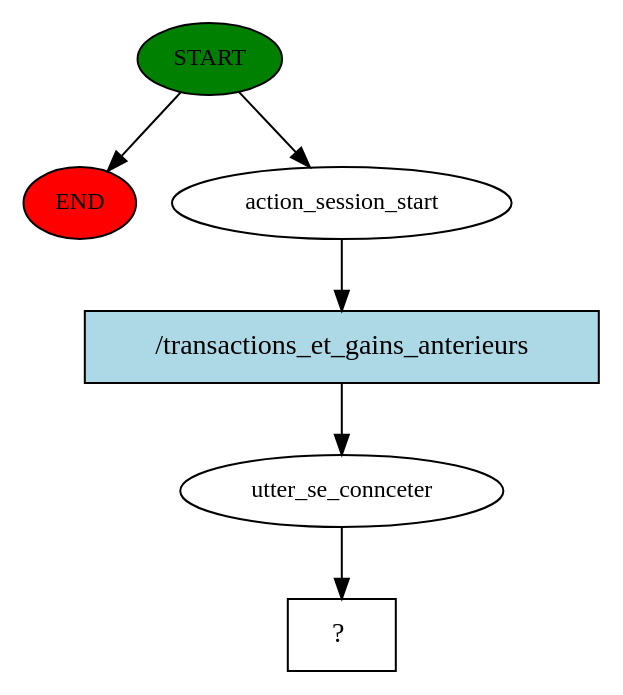
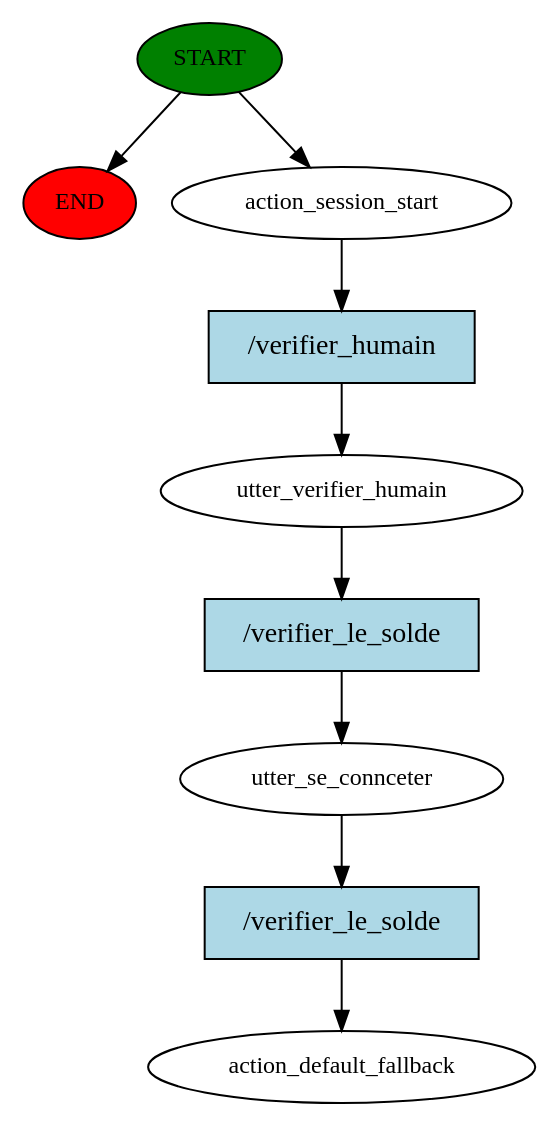
The diagram in story_graph.dot (2nour/PI-Rasa-chatbot), drawn with Graphviz before and after one commit. The commit also changed 24 other files, not shown here.

```diff
--- a/story_graph.dot
+++ b/story_graph.dot
@@ -1,13 +1,19 @@
 digraph  {
 0 [class="start active", fillcolor=green, fontsize=12, label=START, style=filled];
 "-1" [class=end, fillcolor=red, fontsize=12, label=END, style=filled];
 1 [class=active, fontsize=12, label=action_session_start];
-2 [class=active, fontsize=12, label=utter_se_connceter];
-3 [class="intent dashed active", label="  ?  ", shape=rect];
-4 [class="intent active", fillcolor=lightblue, label="/transactions_et_gains_anterieurs", shape=rect, style=filled];
+2 [class=active, fontsize=12, label=utter_verifier_humain];
+3 [class=active, fontsize=12, label=utter_se_connceter];
+4 [class="dashed active", fontsize=12, label=action_default_fallback];
+5 [class="intent active", fillcolor=lightblue, label="/verifier_humain", shape=rect, style=filled];
+6 [class="intent active", fillcolor=lightblue, label="/verifier_le_solde", shape=rect, style=filled];
+7 [class="intent active", fillcolor=lightblue, label="/verifier_le_solde", shape=rect, style=filled];
 0 -> "-1"  [class="", key=NONE, label=""];
 0 -> 1  [class=active, key=NONE, label=""];
-1 -> 4  [class=active, key=0];
-2 -> 3  [class=active, key=NONE, label=""];
-4 -> 2  [class=active, key=0];
+1 -> 5  [class=active, key=0];
+2 -> 6  [class=active, key=0];
+3 -> 7  [class=active, key=0];
+5 -> 2  [class=active, key=0];
+6 -> 3  [class=active, key=0];
+7 -> 4  [class=active, key=0];
 }
```
